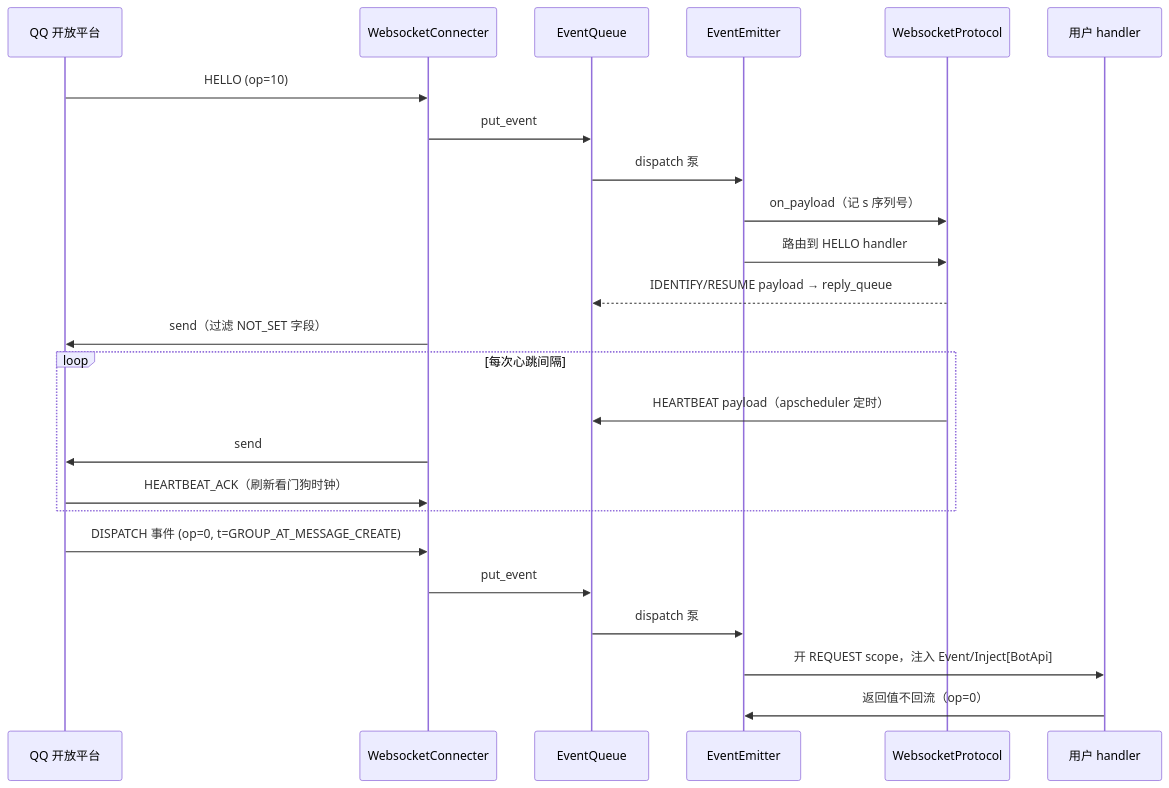
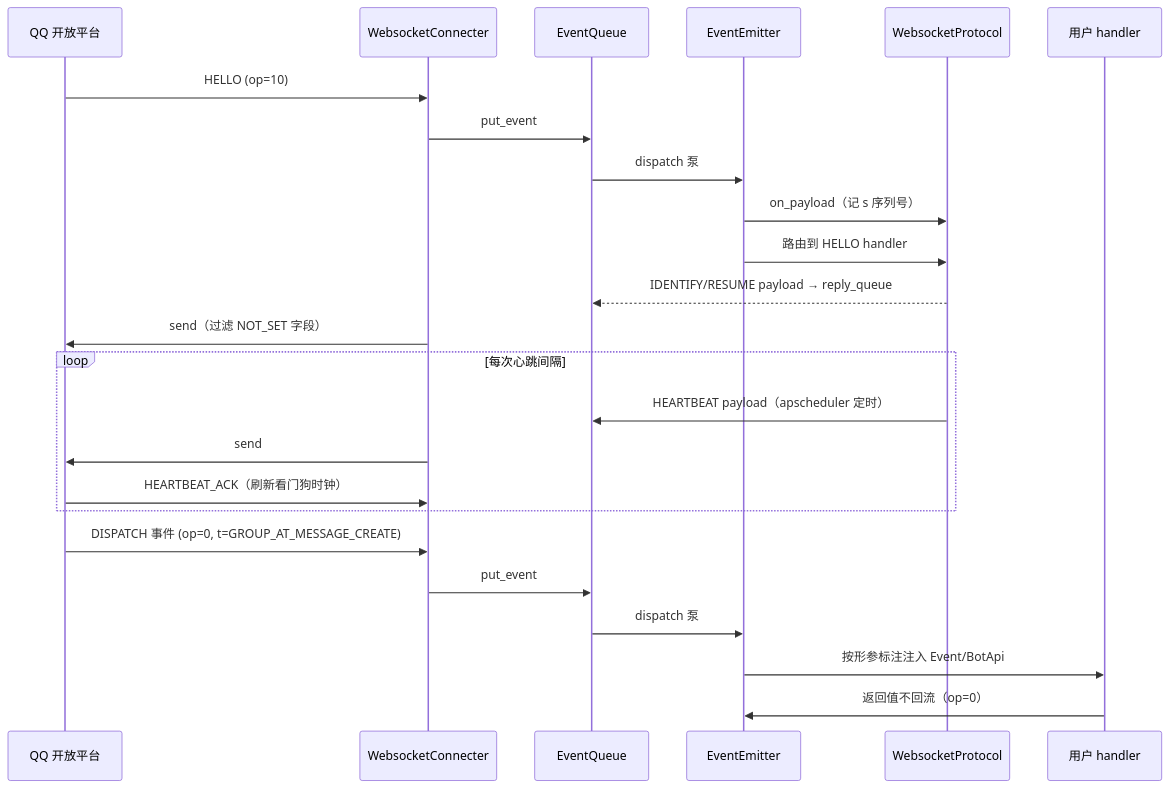
Before and after one commit to snowy-yang/qqbotsdk: the second of 2 diagrams in docs/ARCHITECTURE.md, drawn with Mermaid. The commit also changed other lines of this file and 15 other files, not shown here.

````diff
--- a/docs/ARCHITECTURE.md
+++ b/docs/ARCHITECTURE.md
@@ -57,29 +57,29 @@
 ```mermaid
 sequenceDiagram
     participant QQ as QQ 开放平台
     participant WS as WebsocketConnecter
     participant Q as EventQueue
     participant EE as EventEmitter
     participant P as WebsocketProtocol
     participant H as 用户 handler
 
     QQ->>WS: HELLO (op=10)
     WS->>Q: put_event
     Q->>EE: dispatch 泵
     EE->>P: on_payload（记 s 序列号）
     EE->>P: 路由到 HELLO handler
     P-->>Q: IDENTIFY/RESUME payload → reply_queue
     WS->>QQ: send（过滤 NOT_SET 字段）
 
     loop 每次心跳间隔
         P->>Q: HEARTBEAT payload（apscheduler 定时）
         WS->>QQ: send
         QQ->>WS: HEARTBEAT_ACK（刷新看门狗时钟）
     end
 
     QQ->>WS: DISPATCH 事件 (op=0, t=GROUP_AT_MESSAGE_CREATE)
     WS->>Q: put_event
     Q->>EE: dispatch 泵
-    EE->>H: 开 REQUEST scope，注入 Event/Inject[BotApi]
+    EE->>H: 按形参标注注入 Event/BotApi
     H->>EE: 返回值不回流（op=0）
 ```
````
